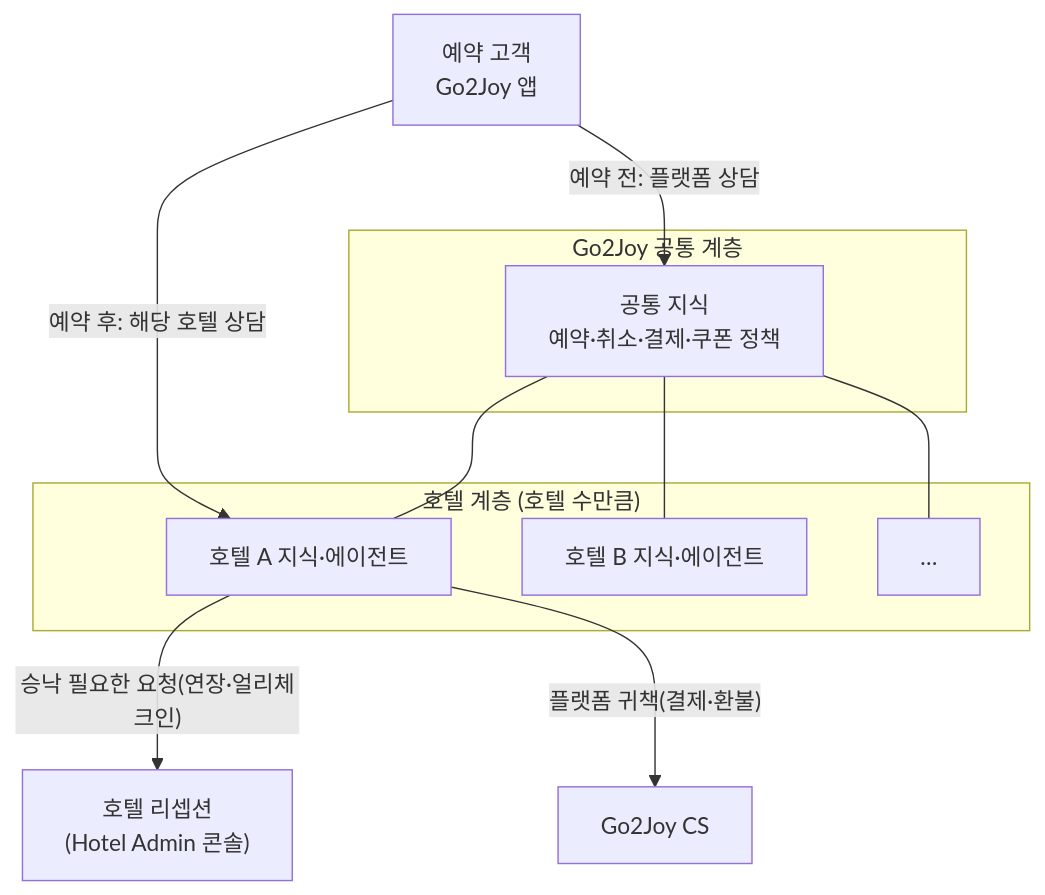
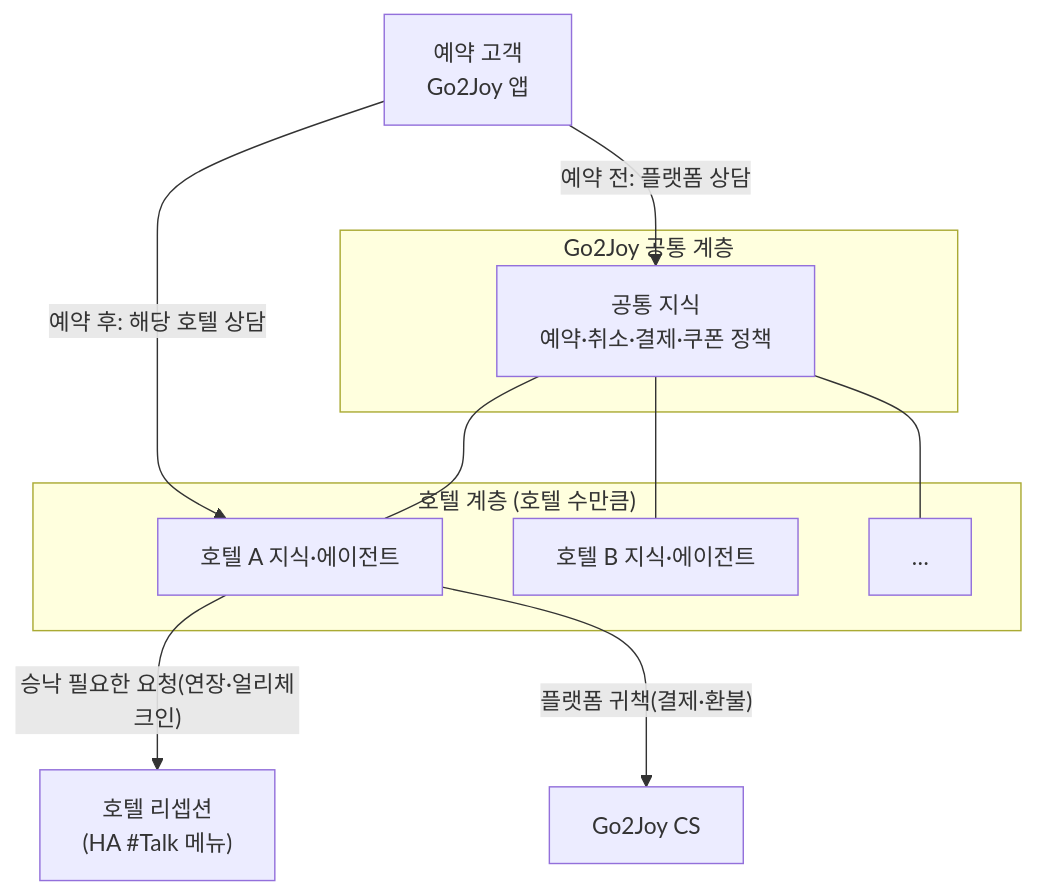
Diagram 15 of 15 in apps/web/public/manual/go2joy/plan.ko.md (amoeba-group/btbz-sharp-talk), drawn with Mermaid before and after one commit. The commit also changed other lines of this file and 13 other files, not shown here.

````diff
--- a/apps/web/public/manual/go2joy/plan.ko.md
+++ b/apps/web/public/manual/go2joy/plan.ko.md
@@ -728,16 +760,16 @@
 ```mermaid
 flowchart TB
   subgraph Platform["Go2Joy 공통 계층"]
     PK["공통 지식<br/>예약·취소·결제·쿠폰 정책"]
   end
   subgraph Hotels["호텔 계층 (호텔 수만큼)"]
     H1["호텔 A 지식·에이전트"]
     H2["호텔 B 지식·에이전트"]
     H3["…"]
   end
   G["예약 고객<br/>Go2Joy 앱"] -->|"예약 전: 플랫폼 상담"| PK
   G -->|"예약 후: 해당 호텔 상담"| H1
-  H1 -->|"승낙 필요한 요청(연장·얼리체크인)"| FD["호텔 리셉션<br/>(Hotel Admin 콘솔)"]
+  H1 -->|"승낙 필요한 요청(연장·얼리체크인)"| FD["호텔 리셉션<br/>(HA #Talk 메뉴)"]
   H1 -->|"플랫폼 귀책(결제·환불)"| CS["Go2Joy CS"]
   PK --- H1 & H2 & H3
 ```
````
